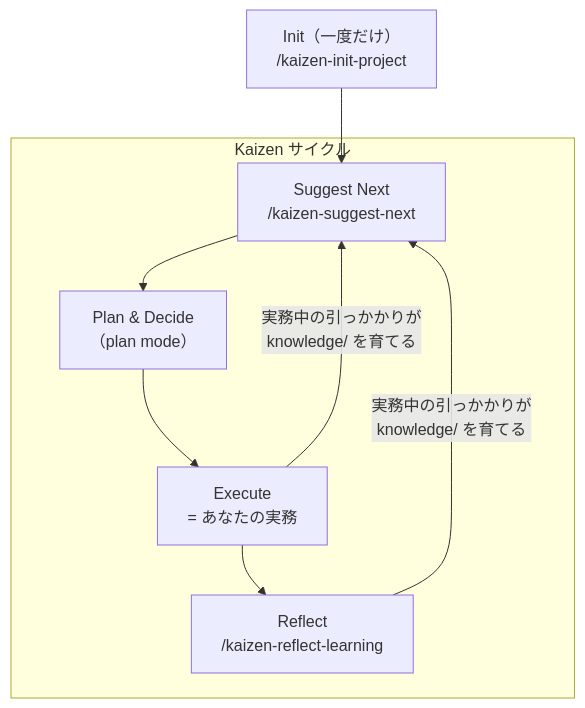
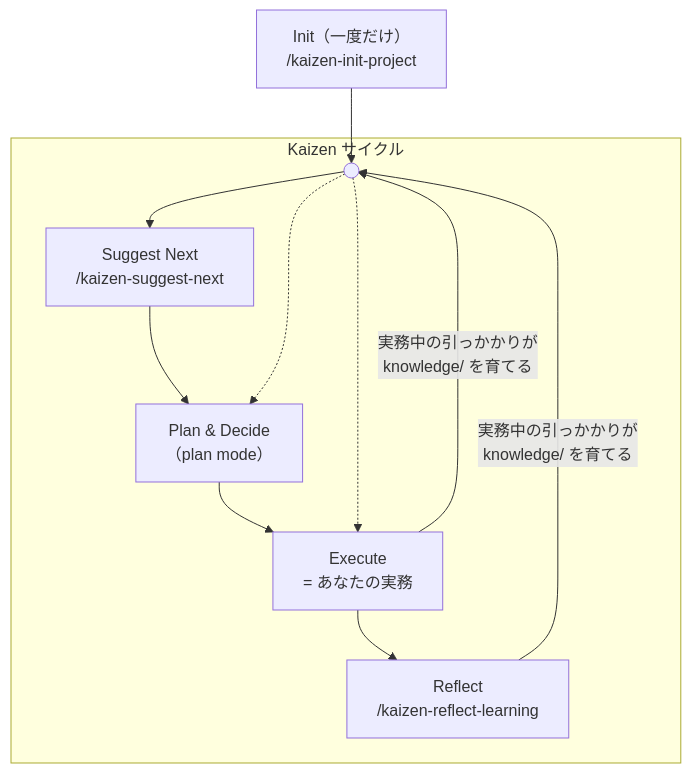
One commit to tomfook/kaizen-cli changed the diagram in docs/CONCEPT.ja.md. Above: the diagram before and after it, drawn with Mermaid. The commit also changed 1 other file, not shown here.

Commit message:
fix: add junction node so cycle can start at any step
Replace direct feedback to Suggest with a junction node (●).
Three paths from junction: solid → Suggest, dotted → Plan,
dotted → Execute. Feedback from Execute/Reflect goes to the
junction, not Suggest, making it clear that Suggest is optional.

https://claude.ai/code/session_011ENnixXZ7xcQcWQSnBuWA9

````diff
--- a/docs/CONCEPT.ja.md
+++ b/docs/CONCEPT.ja.md
@@ -45,18 +45,19 @@
 ```mermaid
 graph TD
-    Init["Init（一度だけ）<br>/kaizen-init-project"] --> Suggest
+    Init["Init（一度だけ）<br>/kaizen-init-project"] --> Start
 
     subgraph Cycle [" Kaizen サイクル "]
+        Start((" "))
         Suggest["Suggest Next<br>/kaizen-suggest-next"]
         Plan["Plan & Decide<br>（plan mode）"]
         Execute["Execute<br>= あなたの実務"]
         Reflect["Reflect<br>/kaizen-reflect-learning"]
 
-        Suggest --> Plan
-        Plan --> Execute
-        Execute --> Reflect
+        Start --> Suggest --> Plan --> Execute --> Reflect
+        Start -.-> Plan
+        Start -.-> Execute
     end
 
-    Execute -->|"実務中の引っかかりが<br>knowledge/ を育てる"| Suggest
-    Reflect -->|"実務中の引っかかりが<br>knowledge/ を育てる"| Suggest
+    Execute -->|"実務中の引っかかりが<br>knowledge/ を育てる"| Start
+    Reflect -->|"実務中の引っかかりが<br>knowledge/ を育てる"| Start
 ```
````
